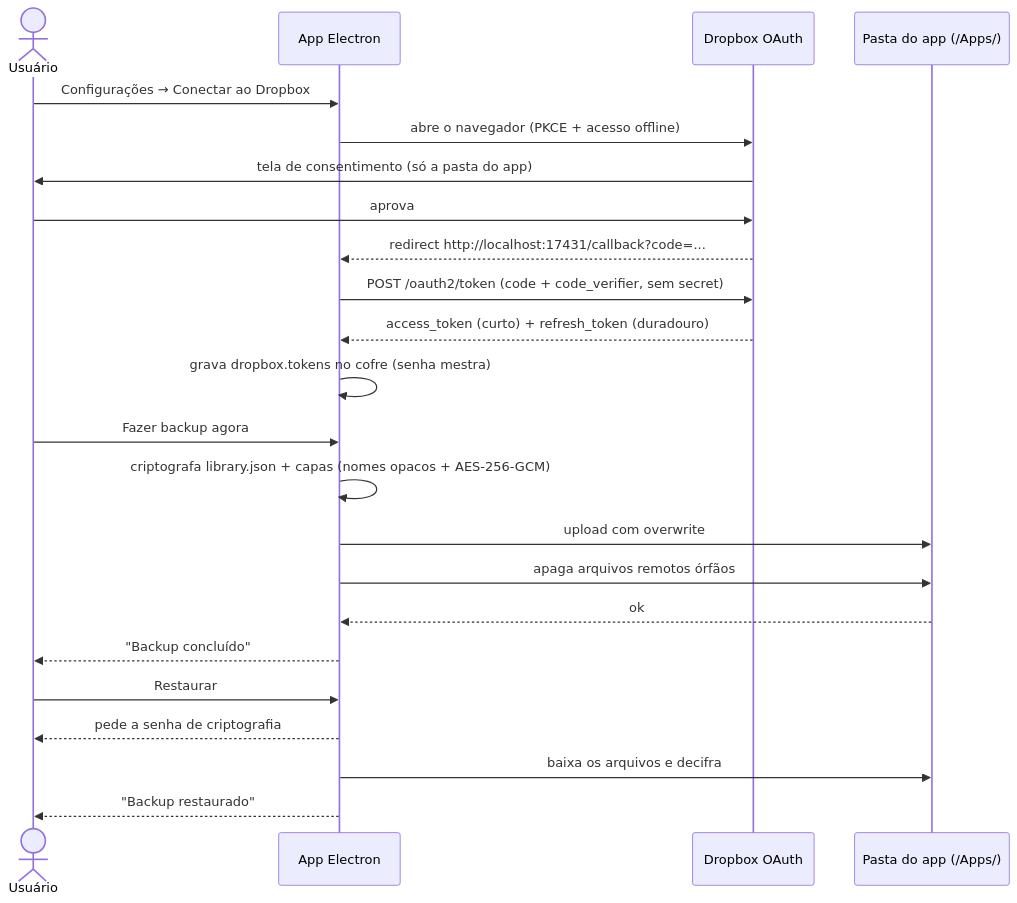
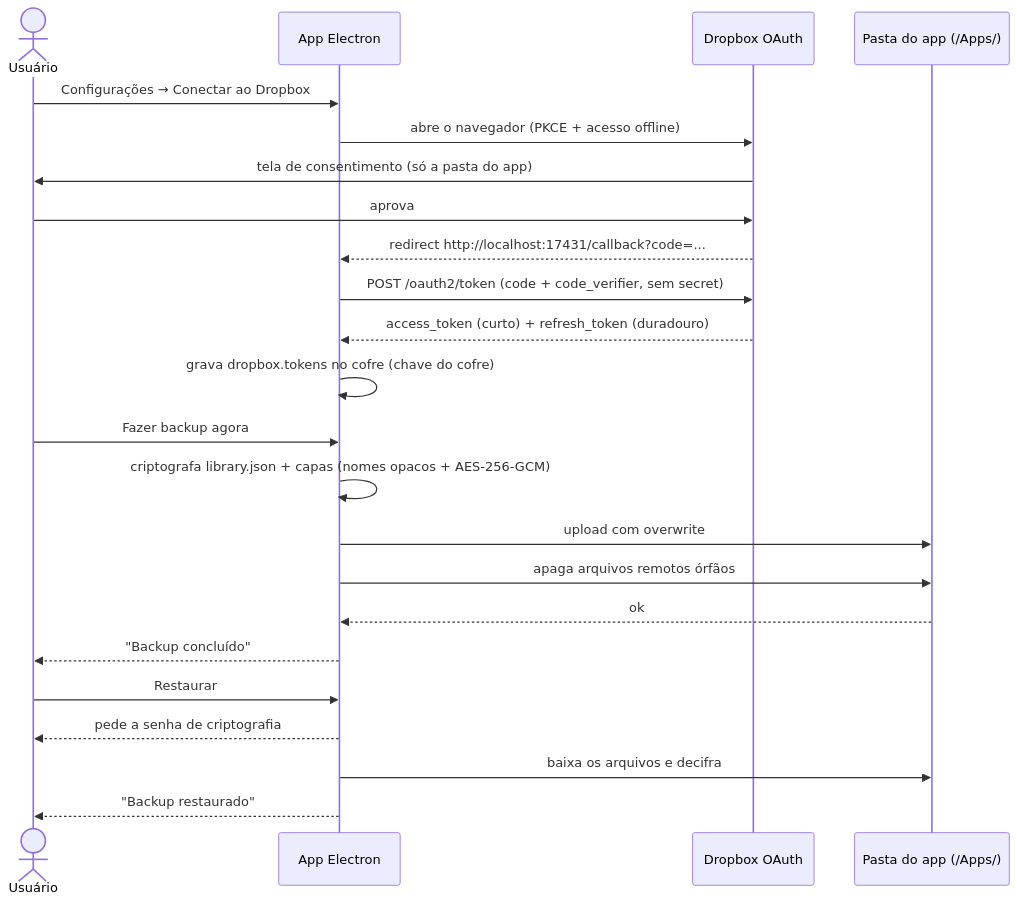
The fifth of 5 diagrams in README.md (user-nome/cronologia), drawn with Mermaid before and after one commit. The commit also changed other lines of this file and 95 other files, not shown here.

````diff
--- a/README.md
+++ b/README.md
@@ -540,28 +564,28 @@
 ```mermaid
 sequenceDiagram
     actor U as Usuário
     participant App as App Electron
     participant G as Dropbox OAuth
     participant D as Pasta do app (/Apps/)
 
     U->>App: Configurações → Conectar ao Dropbox
     App->>G: abre o navegador (PKCE + acesso offline)
     G->>U: tela de consentimento (só a pasta do app)
     U->>G: aprova
     G-->>App: redirect http://localhost:17431/callback?code=...
     App->>G: POST /oauth2/token (code + code_verifier, sem secret)
     G-->>App: access_token (curto) + refresh_token (duradouro)
-    App->>App: grava dropbox.tokens no cofre (senha mestra)
+    App->>App: grava dropbox.tokens no cofre (chave do cofre)
 
     U->>App: Fazer backup agora
     App->>App: criptografa library.json + capas (nomes opacos + AES-256-GCM)
     App->>D: upload com overwrite
     App->>D: apaga arquivos remotos órfãos
     D-->>App: ok
     App-->>U: "Backup concluído"
 
     U->>App: Restaurar
     App-->>U: pede a senha de criptografia
     App->>D: baixa os arquivos e decifra
     App-->>U: "Backup restaurado"
 ```
````
